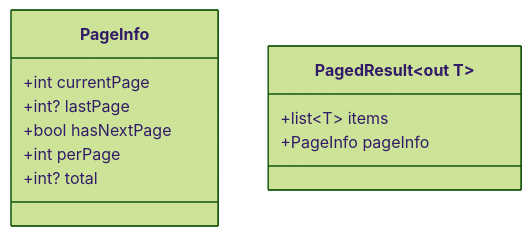
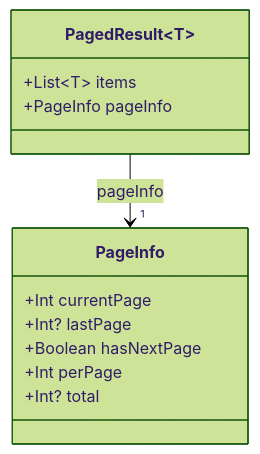
Before and after one commit to Drufontael/mykytadu-app: the fourth of 9 diagrams in docs/modelagem.md, drawn with Mermaid (forest theme). The commit also changed other lines of this file and 17 other files, not shown here.

````diff
--- a/docs/modelagem.md
+++ b/docs/modelagem.md
@@ -339,14 +530,17 @@
 ```mermaid
 classDiagram
-    class PageInfo{
-        +int currentPage
-        +int? lastPage
-        +bool hasNextPage
-        +int perPage
-        +int? total
+    class PageInfo {
+        +Int currentPage
+        +Int? lastPage
+        +Boolean hasNextPage
+        +Int perPage
+        +Int? total
     }
-    class PagedResult~out T~{
-        +list~T~ items
+
+    class PagedResult~T~ {
+        +List~T~ items
         +PageInfo pageInfo
-     }
+    }
+
+    PagedResult --> "1" PageInfo : pageInfo
 ```
````
